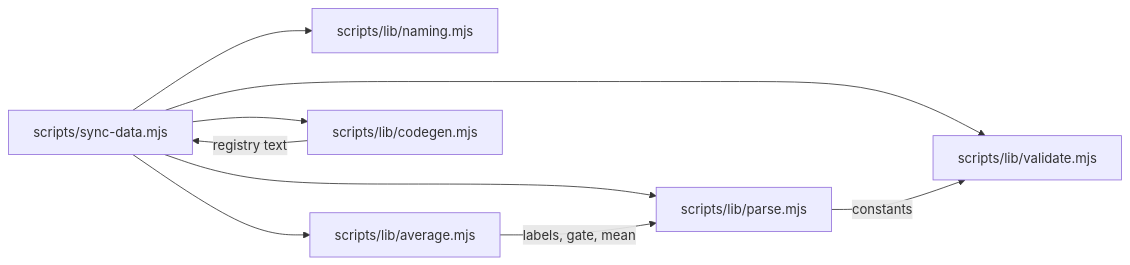
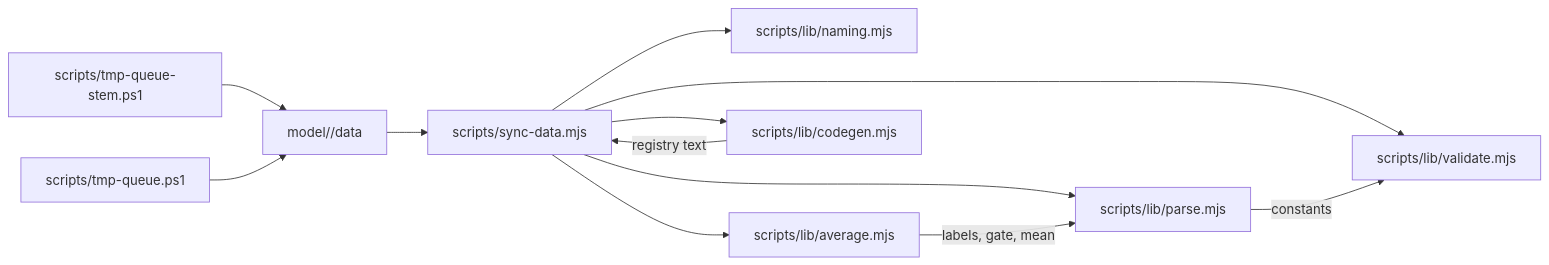
The tenth of 10 diagrams in .qoder/repowiki/en/content/Build & Development Pipeline/Build & Development Pipeline.md (delirium-dj/modelcomp), drawn with Mermaid before and after one commit. The commit also changed other lines of this file and 188 other files, not shown here.

````diff
--- a/.qoder/repowiki/en/content/Build & Development Pipeline/Build & Development Pipeline.md
+++ b/.qoder/repowiki/en/content/Build & Development Pipeline/Build & Development Pipeline.md
@@ -329,11 +436,14 @@
 ```mermaid
 graph LR
 SYNC["scripts/sync-data.mjs"] --> PARSE["scripts/lib/parse.mjs"]
 SYNC --> VALIDATE["scripts/lib/validate.mjs"]
 SYNC --> NAMING["scripts/lib/naming.mjs"]
 SYNC --> AVERAGE["scripts/lib/average.mjs"]
 SYNC --> CODEGEN["scripts/lib/codegen.mjs"]
 PARSE --> |"constants"| VALIDATE
 AVERAGE --> |"labels, gate, mean"| PARSE
 CODEGEN --> |"registry text"| SYNC
+PS1["scripts/tmp-queue-stem.ps1"] --> DATA["model/<slug>/data"]
+PS2["scripts/tmp-queue.ps1"] --> DATA
+DATA --> SYNC
 ```
````
